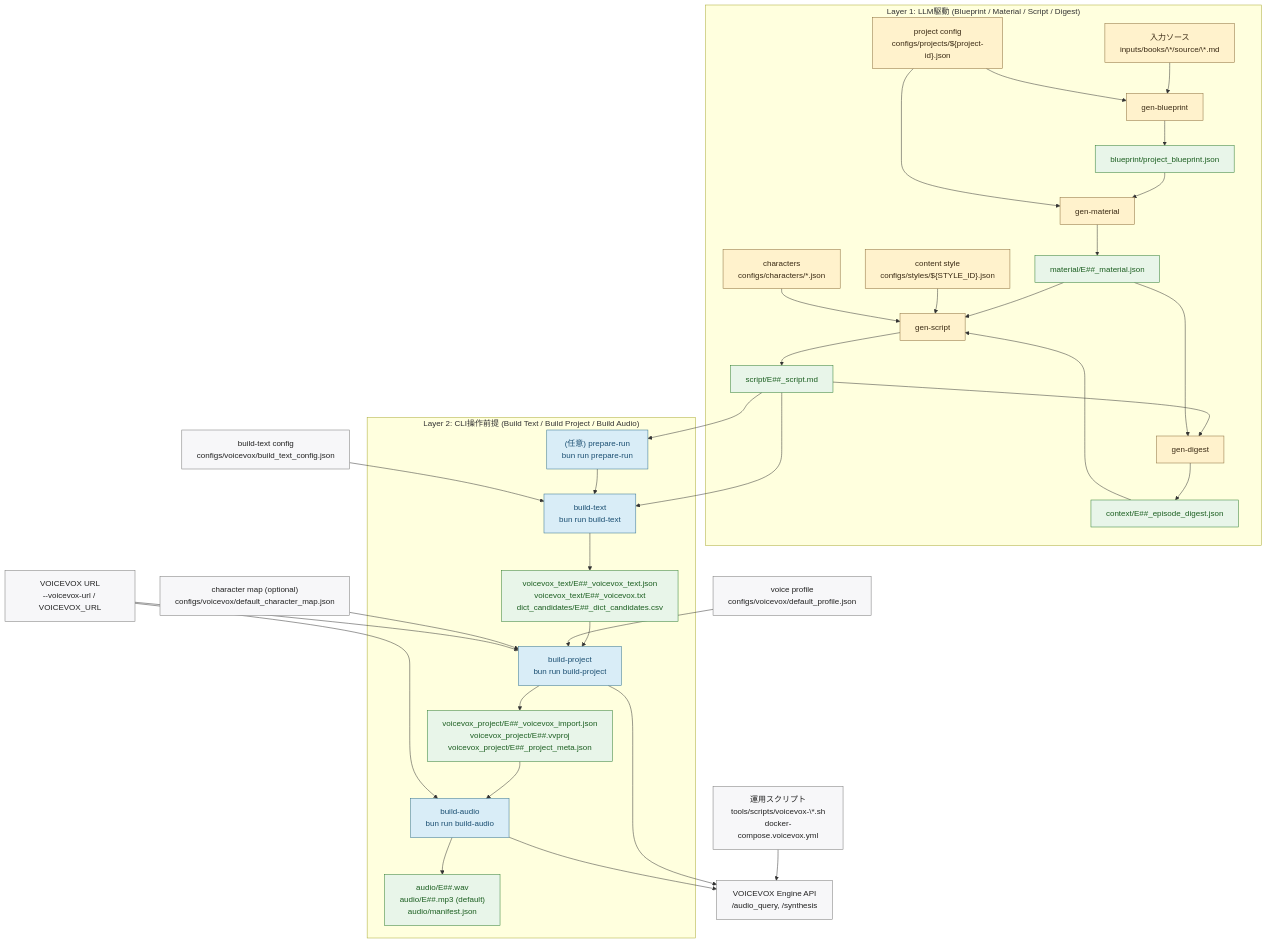
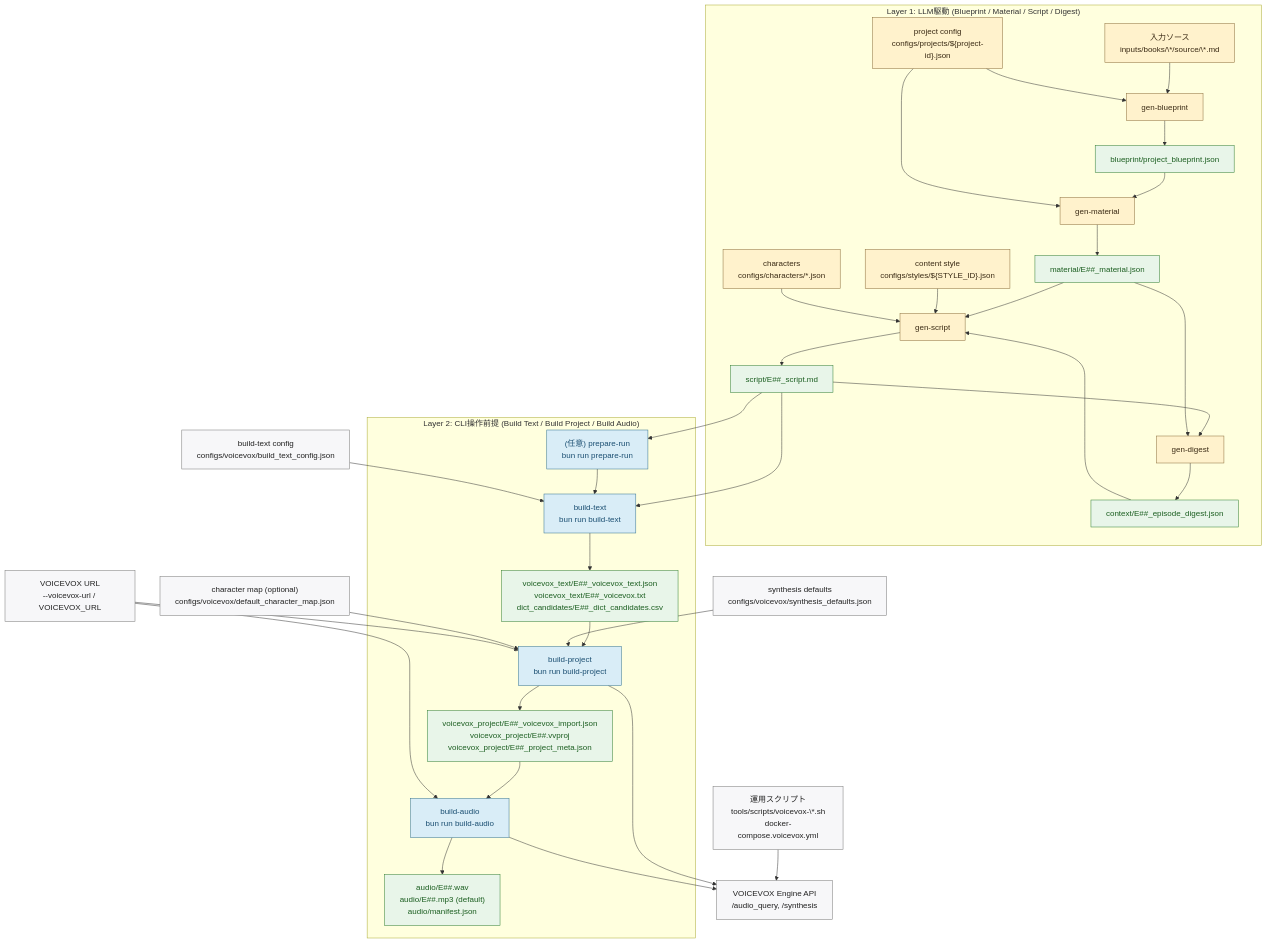
Before and after one commit to niroe5tar64/narrative-vox: the diagram in docs/architecture/pipeline.md, drawn with Mermaid. The commit also changed other lines of this file and 16 other files, not shown here.

````diff
--- a/docs/architecture/pipeline.md
+++ b/docs/architecture/pipeline.md
@@ -12,74 +12,74 @@
 ```mermaid
 flowchart TB
   subgraph PromptFlow["Layer 1: LLM駆動 (Blueprint / Material / Script / Digest)"]
     S["入力ソース<br/>inputs/books/\*/source/\*.md"]
     PCFG["project config<br/>configs/projects/${project-id}.json"]
     STY["content style<br/>configs/styles/${STYLE_ID}.json"]
     CHR["characters<br/>configs/characters/*.json"]
     P1["gen-blueprint"]
     O1["blueprint/project_blueprint.json"]
     P2["gen-material"]
     O2["material/E##_material.json"]
     P3["gen-script"]
     O3["script/E##_script.md"]
     P4["gen-digest"]
     O4D["context/E##_episode_digest.json"]
     S --> P1
     PCFG --> P1
     P1 --> O1
     O1 --> P2
     PCFG --> P2
     P2 --> O2
     O2 --> P3
     STY --> P3
     CHR --> P3
     O4D --> P3
     P3 --> O3
     O3 --> P4
     O2 --> P4
     P4 --> O4D
   end
 
   subgraph CliFlow["Layer 2: CLI操作前提 (Build Text / Build Project / Build Audio)"]
     C0["(任意) prepare-run<br/>bun run prepare-run"]
     C1["build-text<br/>bun run build-text"]
     C2["build-project<br/>bun run build-project"]
     C3["build-audio<br/>bun run build-audio"]
     O4["voicevox_text/E##_voicevox_text.json<br/>voicevox_text/E##_voicevox.txt<br/>dict_candidates/E##_dict_candidates.csv"]
     O5["voicevox_project/E##_voicevox_import.json<br/>voicevox_project/E##.vvproj<br/>voicevox_project/E##_project_meta.json"]
     O6["audio/E##.wav<br/>audio/E##.mp3 (default)<br/>audio/manifest.json"]
     C0 --> C1
     C1 --> O4
     O4 --> C2
     C2 --> O5
     O5 --> C3
     C3 --> O6
   end
 
   CFG4["build-text config<br/>configs/voicevox/build_text_config.json"]
-  CFG5P["voice profile<br/>configs/voicevox/default_profile.json"]
+  CFG5P["synthesis defaults<br/>configs/voicevox/synthesis_defaults.json"]
   CFG5S["character map (optional)<br/>configs/voicevox/default_character_map.json"]
   VXURL["VOICEVOX URL<br/>--voicevox-url / VOICEVOX_URL"]
   VXAPI["VOICEVOX Engine API<br/>/audio_query, /synthesis"]
   VXSCRIPT["運用スクリプト<br/>tools/scripts/voicevox-\*.sh<br/>docker-compose.voicevox.yml"]
 
   O3 --> C0
   O3 --> C1
   CFG4 --> C1
   CFG5P --> C2
   CFG5S --> C2
   VXURL --> C2
   VXURL --> C3
   VXSCRIPT --> VXAPI
   C2 --> VXAPI
   C3 --> VXAPI
 
   classDef prompt fill:#fff2cc,stroke:#8a6d3b,color:#3a2a14;
   classDef cli fill:#d9edf7,stroke:#31708f,color:#1b4f72;
   classDef cfg fill:#f7f7f9,stroke:#777,color:#222;
   classDef out fill:#e8f5e9,stroke:#2e7d32,color:#1b5e20;
   class S,PCFG,STY,CHR,P1,P2,P3,P4 prompt;
   class C0,C1,C2,C3 cli;
   class CFG4,CFG5P,CFG5S,VXURL,VXAPI,VXSCRIPT cfg;
   class O1,O2,O3,O4D,O4,O5,O6 out;
 ```
````
